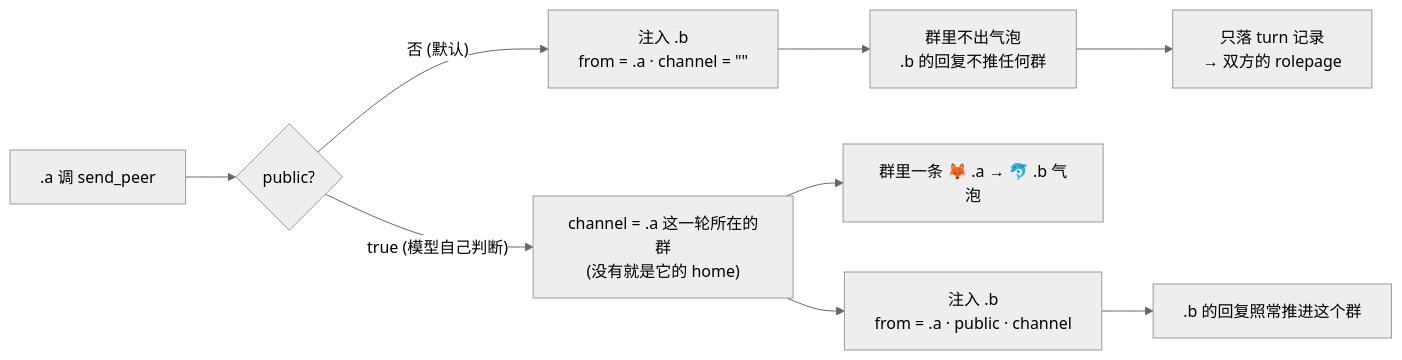
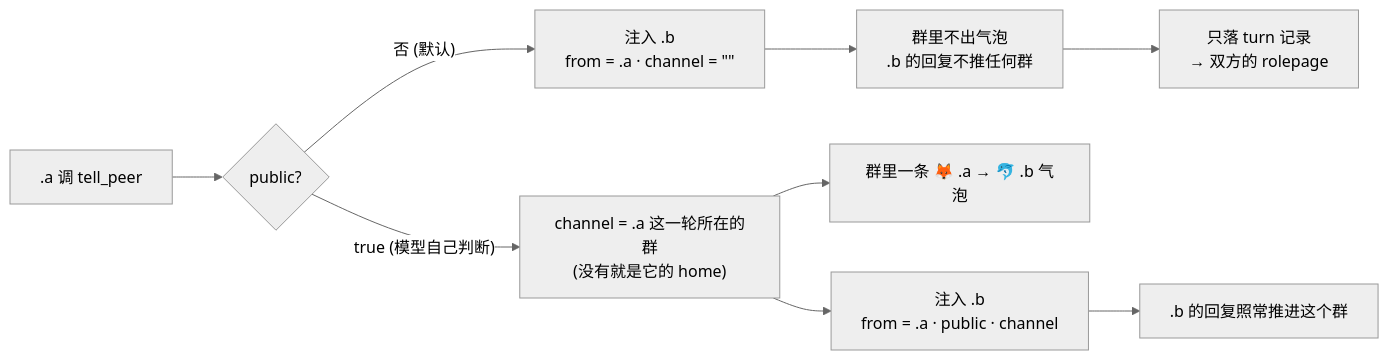
Before and after one commit to guxi11/wezard: diagram 13 of 16 in 技术说明.md, drawn with Mermaid (neutral theme). The commit also changed other lines of this file and 1 other file, not shown here.

````diff
--- a/技术说明.md
+++ b/技术说明.md
@@ -254,11 +422,11 @@
 ```mermaid
 flowchart LR
-    a[".a 调 send_peer"] --> pub{"public?"}
+    a[".a 调 tell_peer"] --> pub{"public?"}
     pub -- "否 (默认)" --> priv["注入 .b<br/>from = .a · channel = &quot;&quot;"]
     priv --> nob["群里不出气泡<br/>.b 的回复不推任何群"]
     nob --> rp["只落 turn 记录<br/>→ 双方的 rolepage"]
     pub -- "true (模型自己判断)" --> ch["channel = .a 这一轮所在的群<br/>(没有就是它的 home)"]
     ch --> bub["群里一条 🦊 .a → 🐬 .b 气泡"]
     ch --> inj["注入 .b<br/>from = .a · public · channel"]
     inj --> rep[".b 的回复照常推进这个群"]
 ```
````
